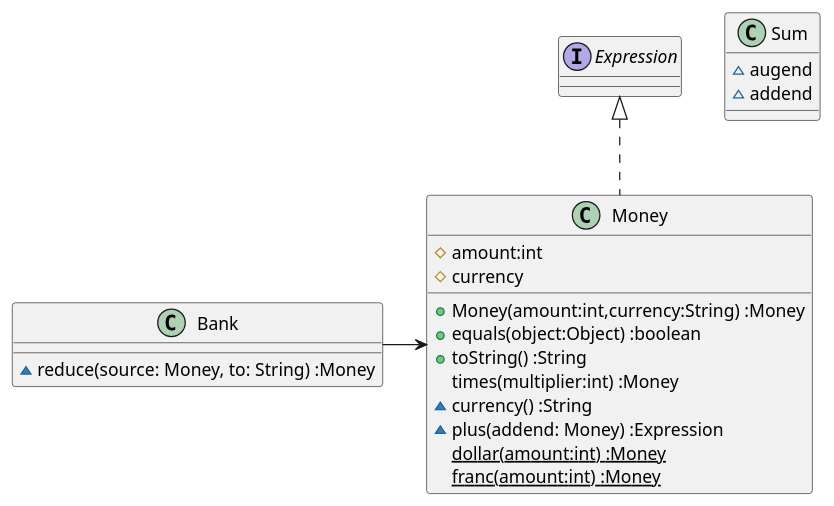
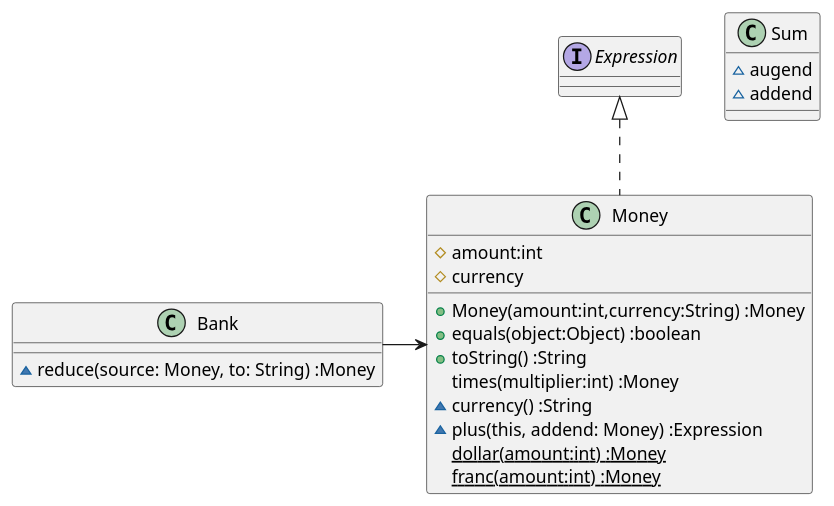
Before and after one commit to k2works/etude_for_java: the first of 2 diagrams in docs/src/TDD.md, drawn with PlantUML. The commit also changed 4 other files, not shown here.

````diff
--- a/docs/src/TDD.md
+++ b/docs/src/TDD.md
@@ -48,24 +48,24 @@
 ```puml
 class Money {
   #amount:int
   #currency  
   +Money(amount:int,currency:String) :Money
   +equals(object:Object) :boolean  
   +toString() :String
   times(multiplier:int) :Money
   ~currency() :String
-  ~plus(addend: Money) :Expression
+  ~plus(this, addend: Money) :Expression
   {static} dollar(amount:int) :Money
   {static} franc(amount:int) :Money  
 }
 interface Expression
 class Bank {
   ~reduce(source: Money, to: String) :Money
 }
 class Sum {
   ~augend
   ~addend
 }
 Expression <|.. Money
 Bank -> Money
 ```
````
